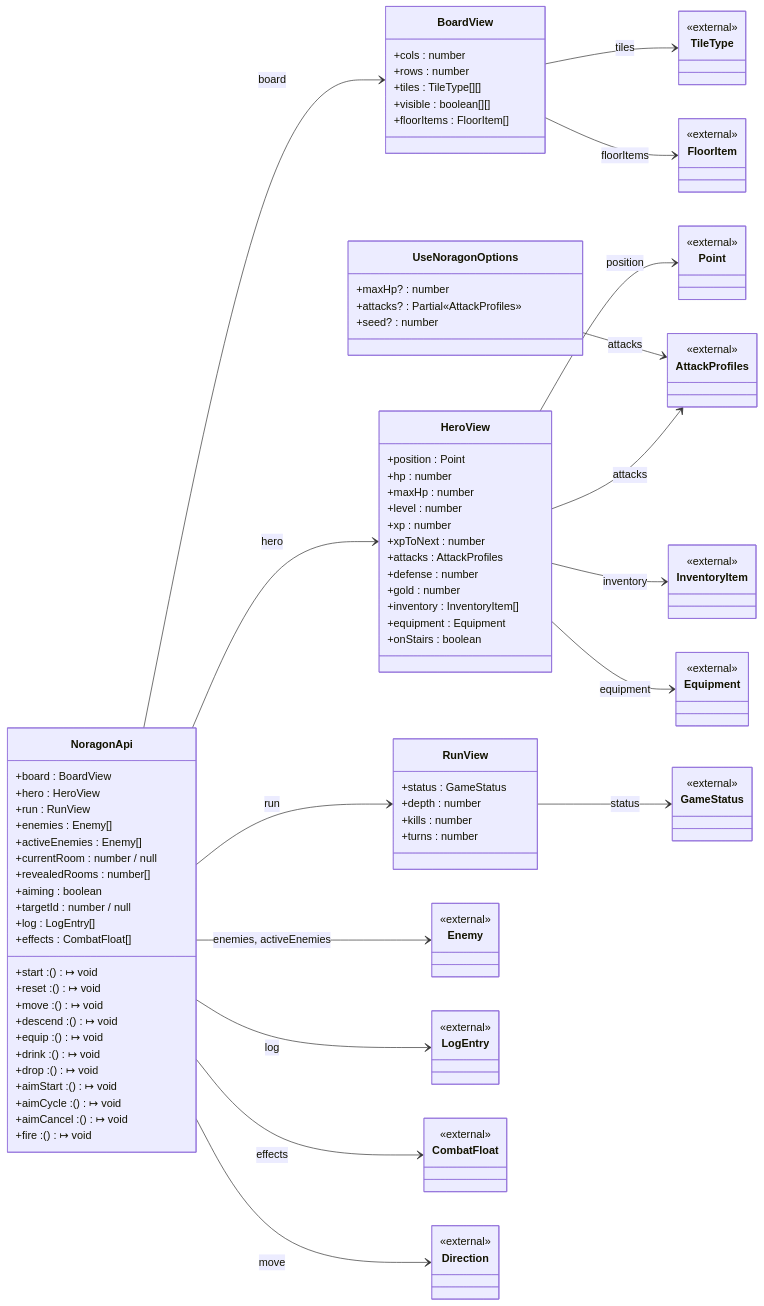
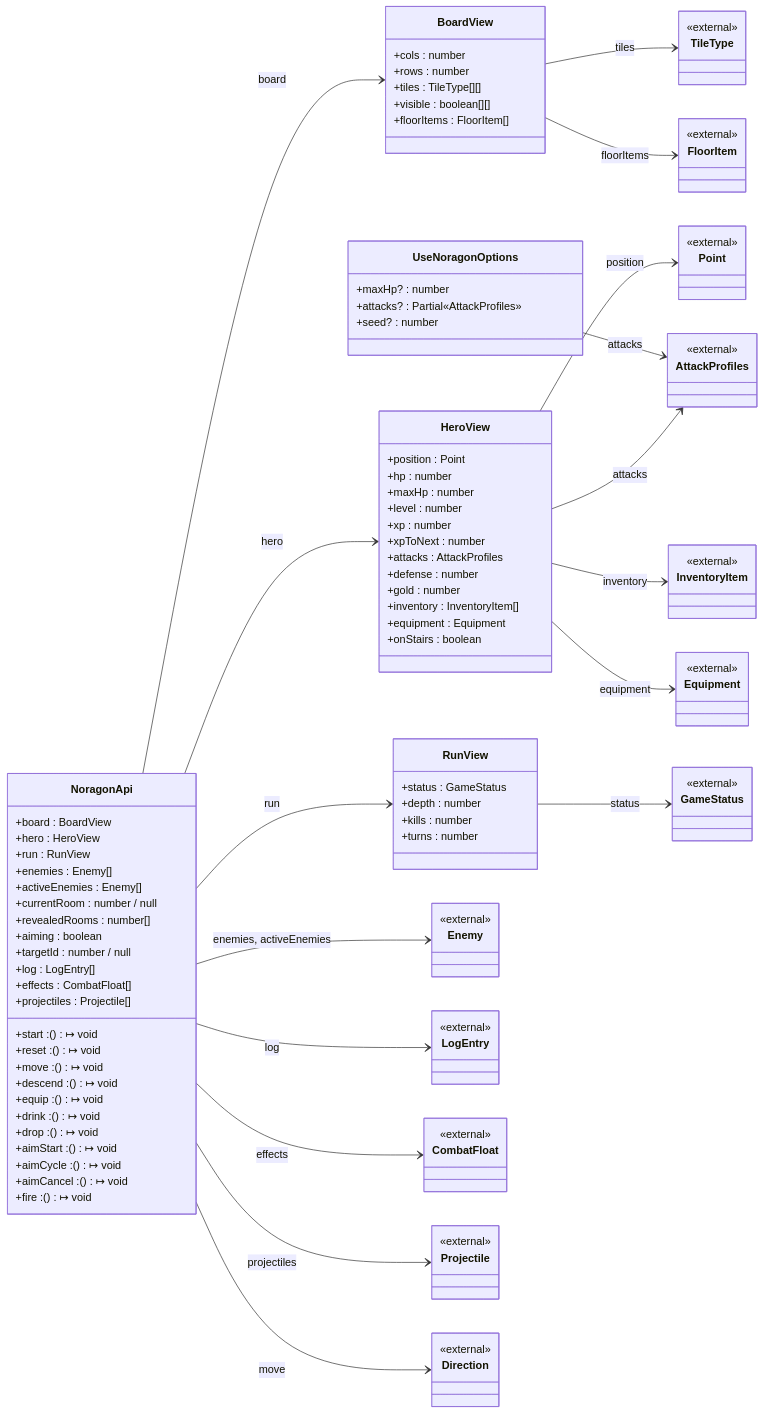
Before and after one commit to norarcasey/legends-of-noragon: the third of 4 diagrams in docs/DOMAIN_MODEL.md, drawn with Mermaid. The commit also changed other lines of this file and 15 other files, not shown here.

````diff
--- a/docs/DOMAIN_MODEL.md
+++ b/docs/DOMAIN_MODEL.md
@@ -358,6 +371,7 @@
     +targetId : number / null
     +log : LogEntry[]
     +effects : CombatFloat[]
+    +projectiles : Projectile[]
     +start : () ↦ void
     +reset : () ↦ void
     +move : () ↦ void
@@ -400,6 +414,9 @@
   class CombatFloat {
     <<external>>
   }
+  class Projectile {
+    <<external>>
+  }
   class Direction {
     <<external>>
   }
@@ -417,5 +434,6 @@
   NoragonApi --> Enemy : enemies, activeEnemies
   NoragonApi --> LogEntry : log
   NoragonApi --> CombatFloat : effects
+  NoragonApi --> Projectile : projectiles
   NoragonApi --> Direction : move
 ```
````
